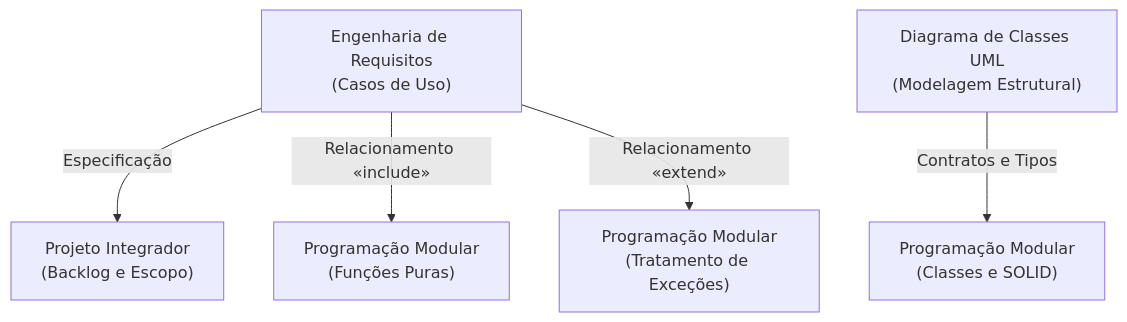
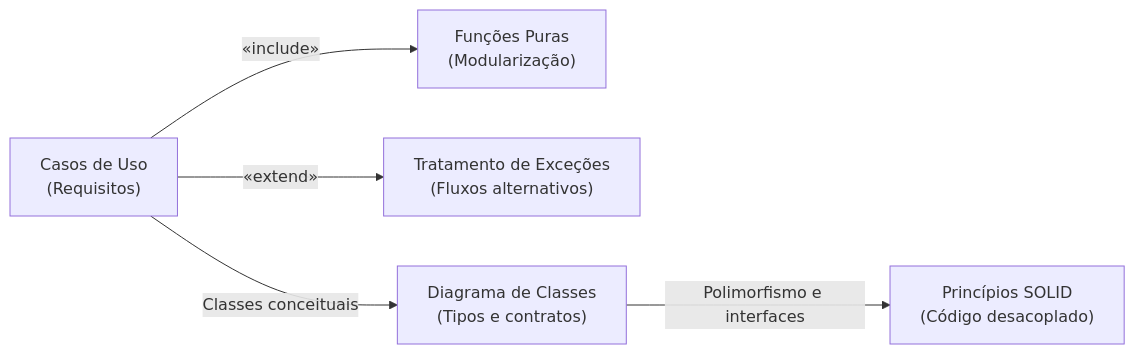
The second of 3 diagrams in 00. Geral/Mapa de aprendizagem do semestre.md (leorruas/puc), drawn with Mermaid before and after one commit. The commit also changed other lines of this file and 6 other files, not shown here.

Commit message:
refactor: reformular estrategia visual de diagramas Mermaid e adicionar explorador interativo no app

````diff
--- a/00. Geral/Mapa de aprendizagem do semestre.md
+++ b/00. Geral/Mapa de aprendizagem do semestre.md
@@ -66,7 +111,7 @@
 ```mermaid
-flowchart TD
-    Req["Engenharia de Requisitos<br>(Casos de Uso)"] -->|"Especificação"| ProjBacklog["Projeto Integrador<br>(Backlog e Escopo)"]
-    Req -->|"Relacionamento «include»"| SubRot["Programação Modular<br>(Funções Puras)"]
-    Req -->|"Relacionamento «extend»"| Excep["Programação Modular<br>(Tratamento de Exceções)"]
-    UMLClasses["Diagrama de Classes UML<br>(Modelagem Estrutural)"] -->|"Contratos e Tipos"| POO["Programação Modular<br>(Classes e SOLID)"]
+flowchart LR
+    ReqFoco["Casos de Uso<br>(Requisitos)"]:::core -->|"«include»"| SubFoco["Funções Puras<br>(Modularização)"]:::component
+    ReqFoco -->|"«extend»"| ExcepFoco["Tratamento de Exceções<br>(Fluxos alternativos)"]:::warning
+    ReqFoco -->|"Classes conceituais"| ContratosFoco["Diagrama de Classes<br>(Tipos e contratos)"]:::core
+    ContratosFoco -->|"Polimorfismo e interfaces"| SolidFoco["Princípios SOLID<br>(Código desacoplado)"]:::component
 ```
````
